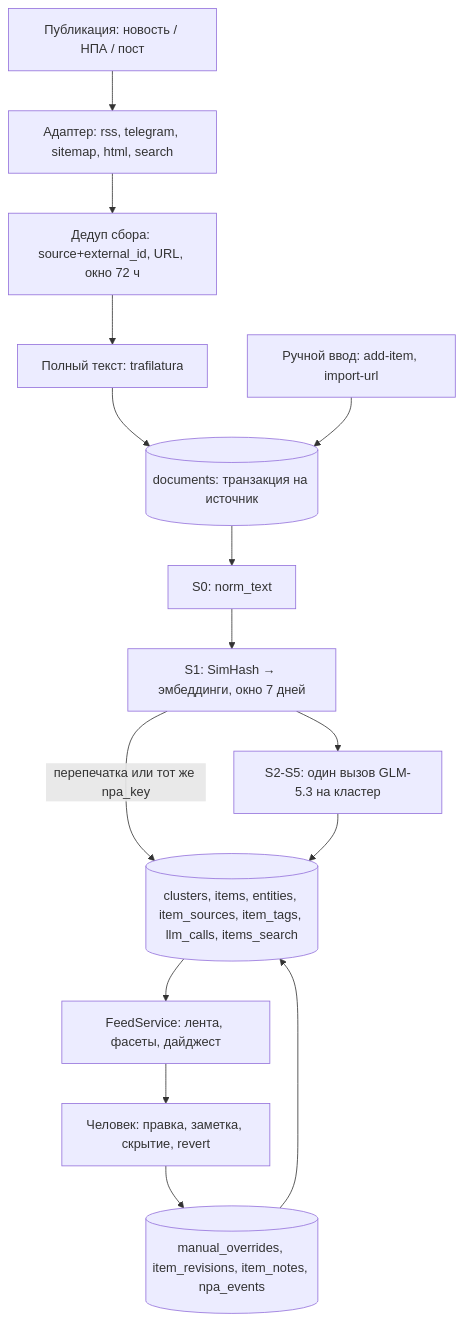
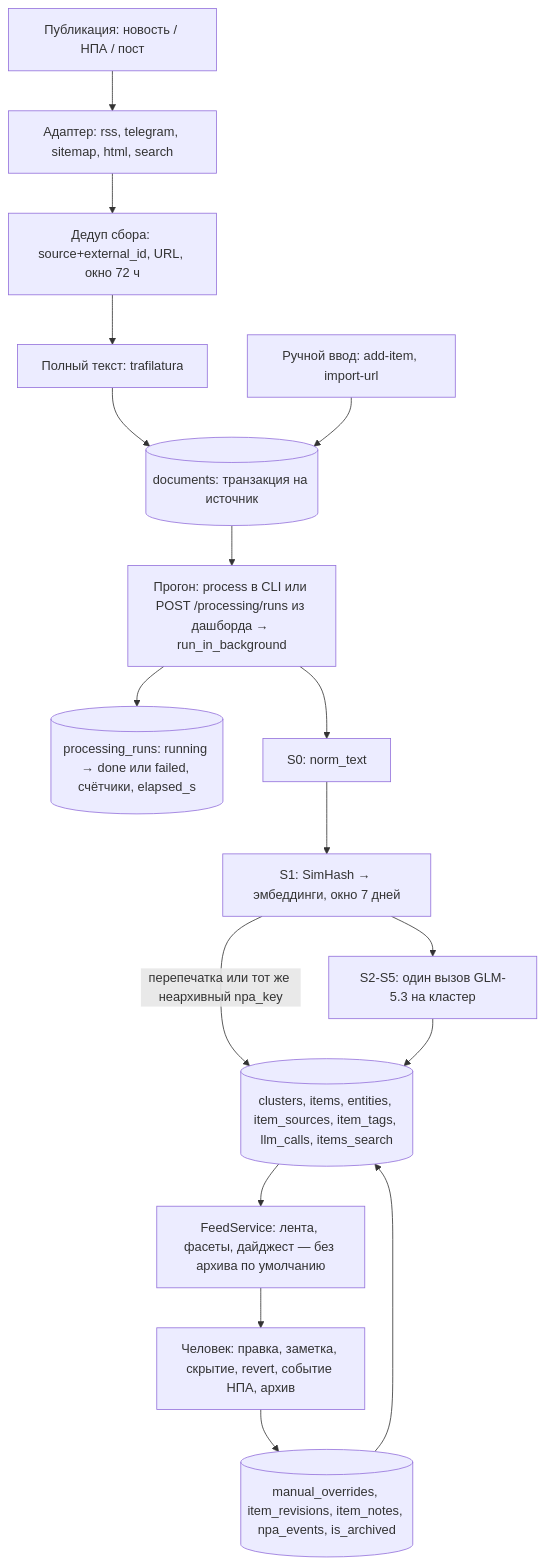
Before and after one commit to youngwow/ai-analytics-hub: the third of 4 diagrams in docs/architecture.md, drawn with Mermaid. The commit also changed other lines of this file and 52 other files, not shown here.

````diff
--- a/docs/architecture.md
+++ b/docs/architecture.md
@@ -88,17 +94,19 @@
 ```mermaid
 flowchart TD
     S[Публикация: новость / НПА / пост] --> AD[Адаптер: rss, telegram, sitemap, html, search]
     AD --> DD1[Дедуп сбора: source+external_id, URL, окно 72 ч]
     DD1 --> FT[Полный текст: trafilatura]
     FT --> ST[(documents: транзакция на источник)]
     M[Ручной ввод: add-item, import-url] --> ST
-    ST --> N[S0: norm_text]
+    ST --> PRUN[Прогон: process в CLI или POST /processing/runs из дашборда → run_in_background]
+    PRUN --> PRT[(processing_runs: running → done или failed, счётчики, elapsed_s)]
+    PRUN --> N[S0: norm_text]
     N --> DD2[S1: SimHash → эмбеддинги, окно 7 дней]
-    DD2 -->|перепечатка или тот же npa_key| IT
+    DD2 -->|перепечатка или тот же неархивный npa_key| IT
     DD2 --> LLM[S2-S5: один вызов GLM-5.3 на кластер]
     LLM --> IT[(clusters, items, entities, item_sources, item_tags, llm_calls, items_search)]
-    IT --> FEED[FeedService: лента, фасеты, дайджест]
-    FEED --> EDIT[Человек: правка, заметка, скрытие, revert]
-    EDIT --> HIST[(manual_overrides, item_revisions, item_notes, npa_events)]
+    IT --> FEED[FeedService: лента, фасеты, дайджест — без архива по умолчанию]
+    FEED --> EDIT[Человек: правка, заметка, скрытие, revert, событие НПА, архив]
+    EDIT --> HIST[(manual_overrides, item_revisions, item_notes, npa_events, is_archived)]
     HIST --> IT
 ```
````
